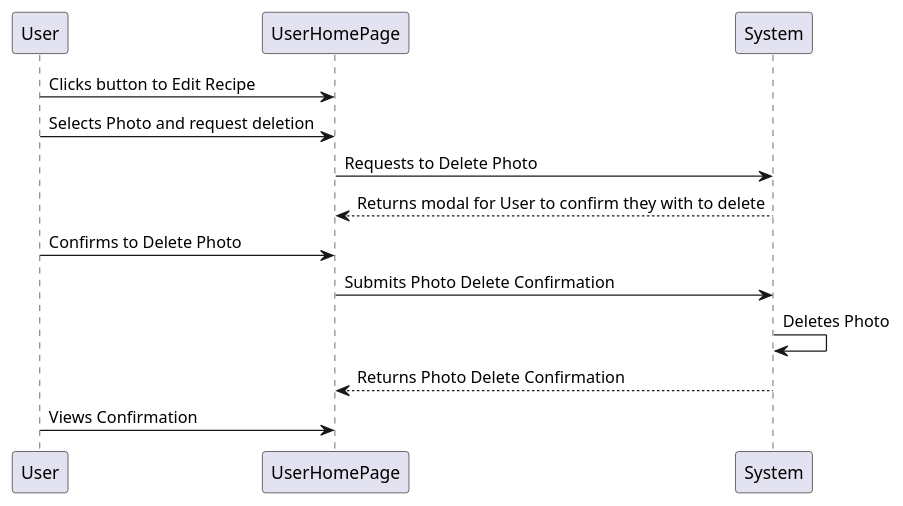
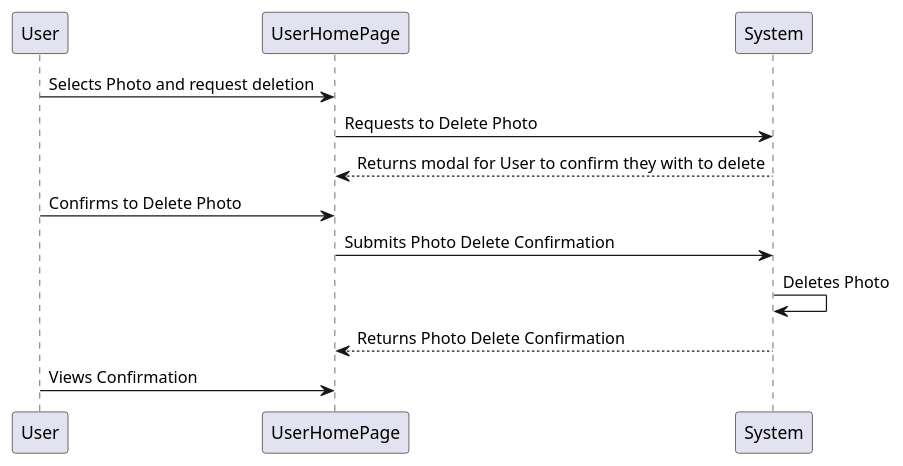
One commit to sap0034/COMP3710Project-RecipeGuru changed the diagram in app/UML/DeletePhotoDSSD.puml. Above: the diagram before and after it, drawn with PlantUML. The commit also changed 12 other files, not shown here.

Commit message:
Updated some of the system sequence diagrams

```diff
--- a/app/UML/DeletePhotoDSSD.puml
+++ b/app/UML/DeletePhotoDSSD.puml
@@ -1,14 +1,13 @@
 @startuml
-User -> UserHomePage: Clicks button to Edit Recipe
 User -> UserHomePage: Selects Photo and request deletion
 UserHomePage -> System: Requests to Delete Photo
 System --> UserHomePage: Returns modal for User to confirm they with to delete
 
 User -> UserHomePage: Confirms to Delete Photo
 UserHomePage -> System: Submits Photo Delete Confirmation
 
 System -> System: Deletes Photo
 System --> UserHomePage: Returns Photo Delete Confirmation
 User -> UserHomePage: Views Confirmation
 
 @enduml
```
